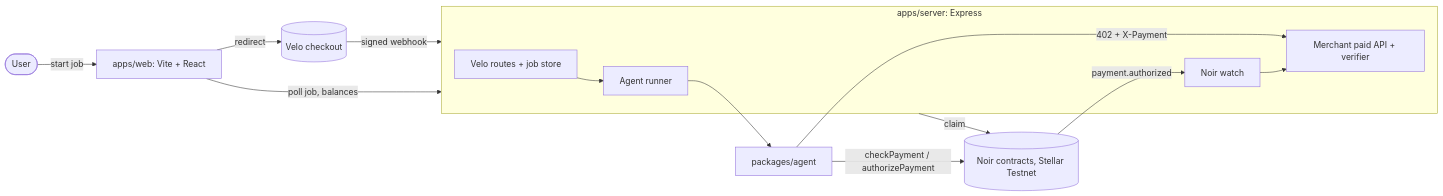
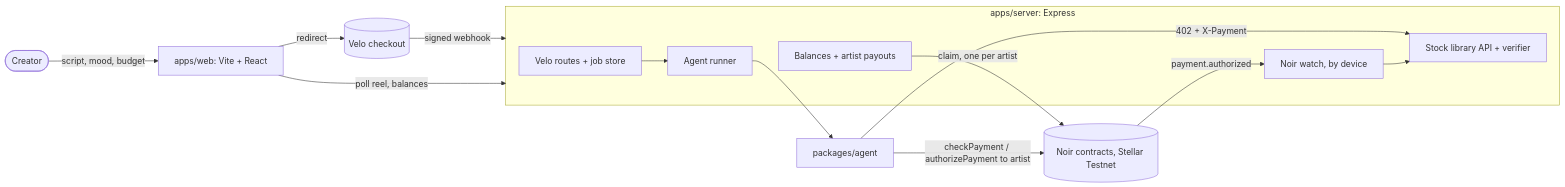
Before and after one commit to dnlaldrn/ClipPass: the diagram in README.md, drawn with Mermaid. The commit also changed other lines of this file and 2 other files, not shown here.

Commit message:
docs: ClipPass README, architecture and fresh Testnet proof

````diff
--- a/README.md
+++ b/README.md
@@ -35,18 +42,19 @@
 ```mermaid
 flowchart LR
-  user([User]) -->|start job| web[apps/web: Vite + React]
+  user([Creator]) -->|script, mood, budget| web[apps/web: Vite + React]
   web -->|redirect| velo[(Velo checkout)]
   velo -->|signed webhook| server
-  web -->|poll job, balances| server
+  web -->|poll reel, balances| server
   subgraph server[apps/server: Express]
     jobs[Velo routes + job store]
     runner[Agent runner]
-    merchant[Merchant paid API + verifier]
-    watch[Noir watch]
+    library[Stock library API + verifier]
+    watch[Noir watch, by device]
+    payout[Balances + artist payouts]
   end
   jobs --> runner --> agent[packages/agent]
-  agent -->|402 + X-Payment| merchant
-  agent -->|checkPayment / authorizePayment| noir[(Noir contracts, Stellar Testnet)]
-  noir -->|payment.authorized| watch --> merchant
-  server -->|claim| noir
+  agent -->|402 + X-Payment| library
+  agent -->|checkPayment / authorizePayment to artist| noir[(Noir contracts, Stellar Testnet)]
+  noir -->|payment.authorized| watch --> library
+  payout -->|claim, one per artist| noir
 ```
````
